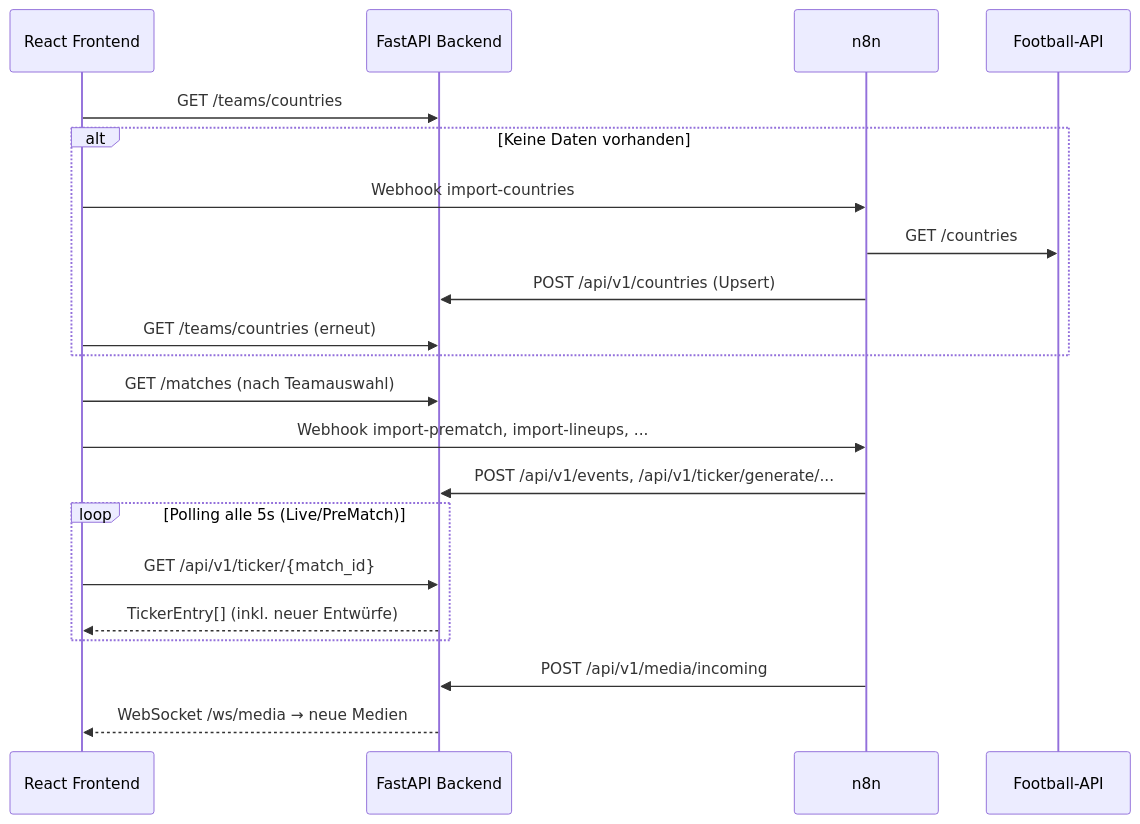
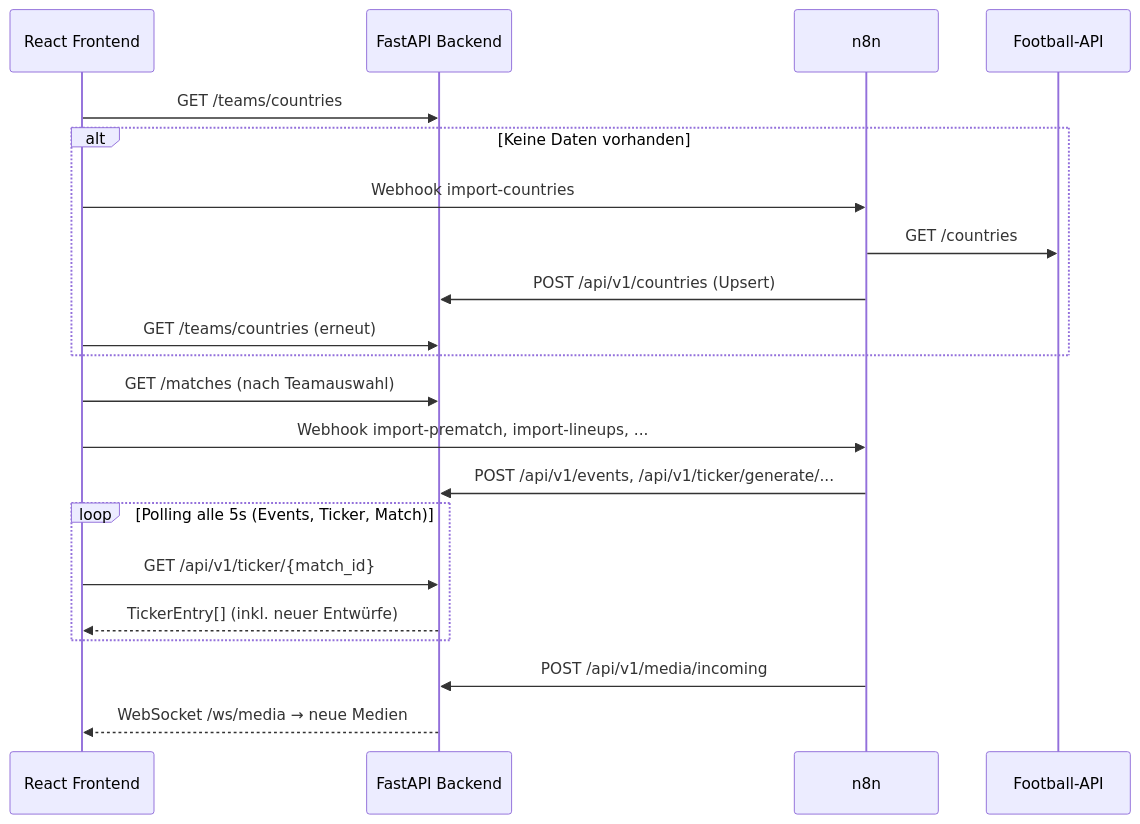
One commit to JonasKimmer/liveticker-eintracht changed the second of 5 diagrams in docs_short/kapitel4_systemkonzeption.md. Above: the diagram before and after it, drawn with Mermaid. The commit also changed other lines of this file and 25 other files, not shown here.

````diff
--- a/docs_short/kapitel4_systemkonzeption.md
+++ b/docs_short/kapitel4_systemkonzeption.md
@@ -69,27 +69,27 @@
 ```mermaid
 sequenceDiagram
     participant FE as React Frontend
     participant BE as FastAPI Backend
     participant N8N as n8n
     participant FAPI as Football-API
 
     FE->>BE: GET /teams/countries
     alt Keine Daten vorhanden
         FE->>N8N: Webhook import-countries
         N8N->>FAPI: GET /countries
         N8N->>BE: POST /api/v1/countries (Upsert)
         FE->>BE: GET /teams/countries (erneut)
     end
 
     FE->>BE: GET /matches (nach Teamauswahl)
     FE->>N8N: Webhook import-prematch, import-lineups, ...
     N8N->>BE: POST /api/v1/events, /api/v1/ticker/generate/...
 
-    loop Polling alle 5s (Live/PreMatch)
+    loop Polling alle 5s (Events, Ticker, Match)
         FE->>BE: GET /api/v1/ticker/{match_id}
         BE-->>FE: TickerEntry[] (inkl. neuer Entwürfe)
     end
 
     N8N->>BE: POST /api/v1/media/incoming
     BE-->>FE: WebSocket /ws/media → neue Medien
 ```
````
